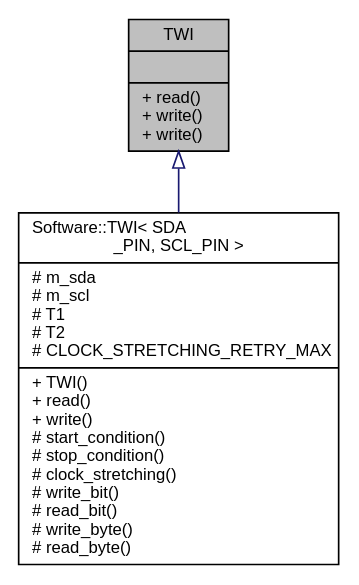
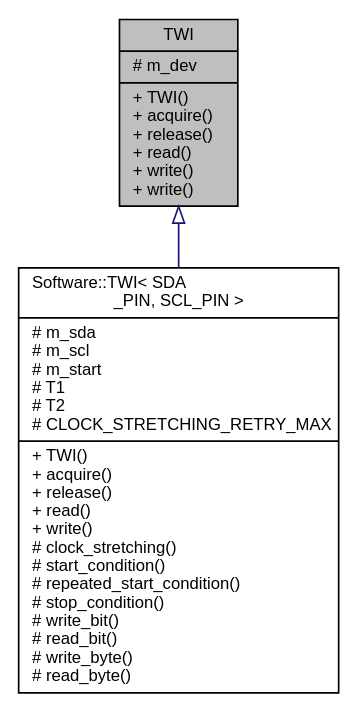
The diagram in Arduino-TWI/d5/d3f/classTWI__inherit__graph.dot (mikaelpatel/mikaelpatel.github.io), drawn with Graphviz before and after one commit. The commit also changed 386 other files, not shown here.

```diff
--- a/Arduino-TWI/d5/d3f/classTWI__inherit__graph.dot
+++ b/Arduino-TWI/d5/d3f/classTWI__inherit__graph.dot
@@ -1,8 +1,8 @@
 digraph "TWI"
 {
   edge [fontname="Helvetica",fontsize="10",labelfontname="Helvetica",labelfontsize="10"];
   node [fontname="Helvetica",fontsize="10",shape=record];
-  Node1 [label="{TWI\n||+ read()\l+ write()\l+ write()\l}",height=0.2,width=0.4,color="black", fillcolor="grey75", style="filled", fontcolor="black"];
+  Node1 [label="{TWI\n|# m_dev\l|+ TWI()\l+ acquire()\l+ release()\l+ read()\l+ write()\l+ write()\l}",height=0.2,width=0.4,color="black", fillcolor="grey75", style="filled", fontcolor="black"];
   Node1 -> Node2 [dir="back",color="midnightblue",fontsize="10",style="solid",arrowtail="onormal",fontname="Helvetica"];
-  Node2 [label="{Software::TWI\< SDA\l_PIN, SCL_PIN \>\n|# m_sda\l# m_scl\l# T1\l# T2\l# CLOCK_STRETCHING_RETRY_MAX\l|+ TWI()\l+ read()\l+ write()\l# start_condition()\l# stop_condition()\l# clock_stretching()\l# write_bit()\l# read_bit()\l# write_byte()\l# read_byte()\l}",height=0.2,width=0.4,color="black", fillcolor="white", style="filled",URL="$d0/dd0/classSoftware_1_1TWI.html"];
+  Node2 [label="{Software::TWI\< SDA\l_PIN, SCL_PIN \>\n|# m_sda\l# m_scl\l# m_start\l# T1\l# T2\l# CLOCK_STRETCHING_RETRY_MAX\l|+ TWI()\l+ acquire()\l+ release()\l+ read()\l+ write()\l# clock_stretching()\l# start_condition()\l# repeated_start_condition()\l# stop_condition()\l# write_bit()\l# read_bit()\l# write_byte()\l# read_byte()\l}",height=0.2,width=0.4,color="black", fillcolor="white", style="filled",URL="$d0/dd0/classSoftware_1_1TWI.html"];
 }
```
